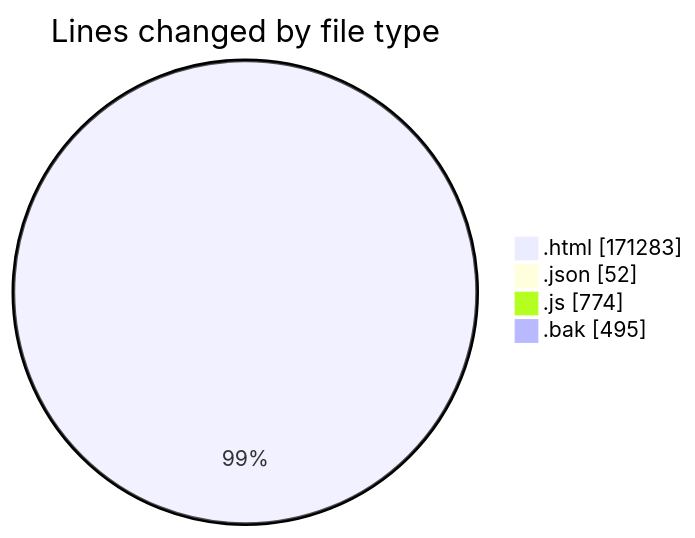
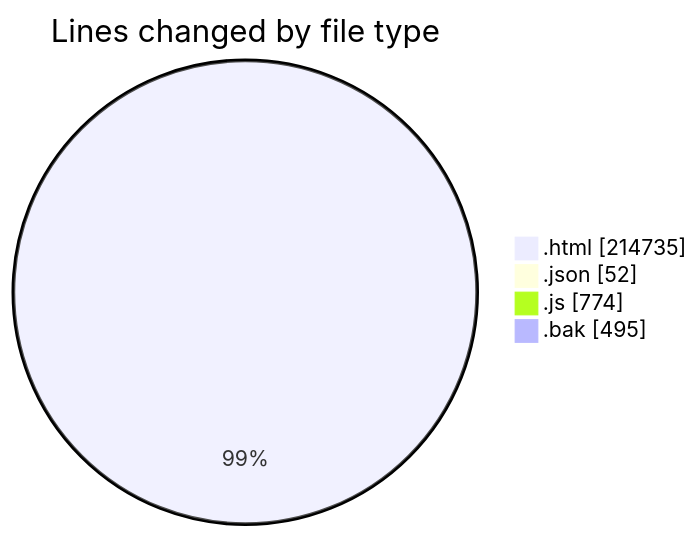
Before and after one commit to vahidmafi/code-tracking: the first of 2 diagrams in 2025-09-16/www/README.md, drawn with Mermaid. The commit also changed other lines of this file and 1 other file, not shown here.

````diff
--- a/2025-09-16/www/README.md
+++ b/2025-09-16/www/README.md
@@ -317,8 +319,8 @@
 ```mermaid
 pie showData
 title Lines changed by file type
-".html" : 171283
+".html" : 214735
 ".json" : 52
 ".js" : 774
 ".bak" : 495
 ```
````
